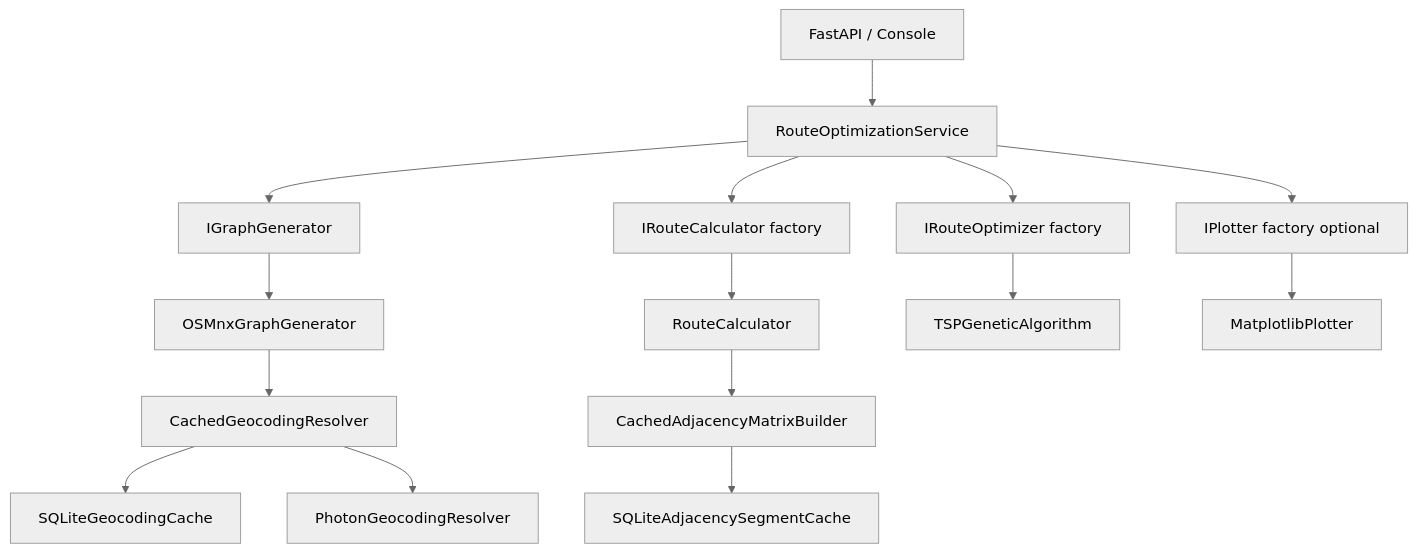
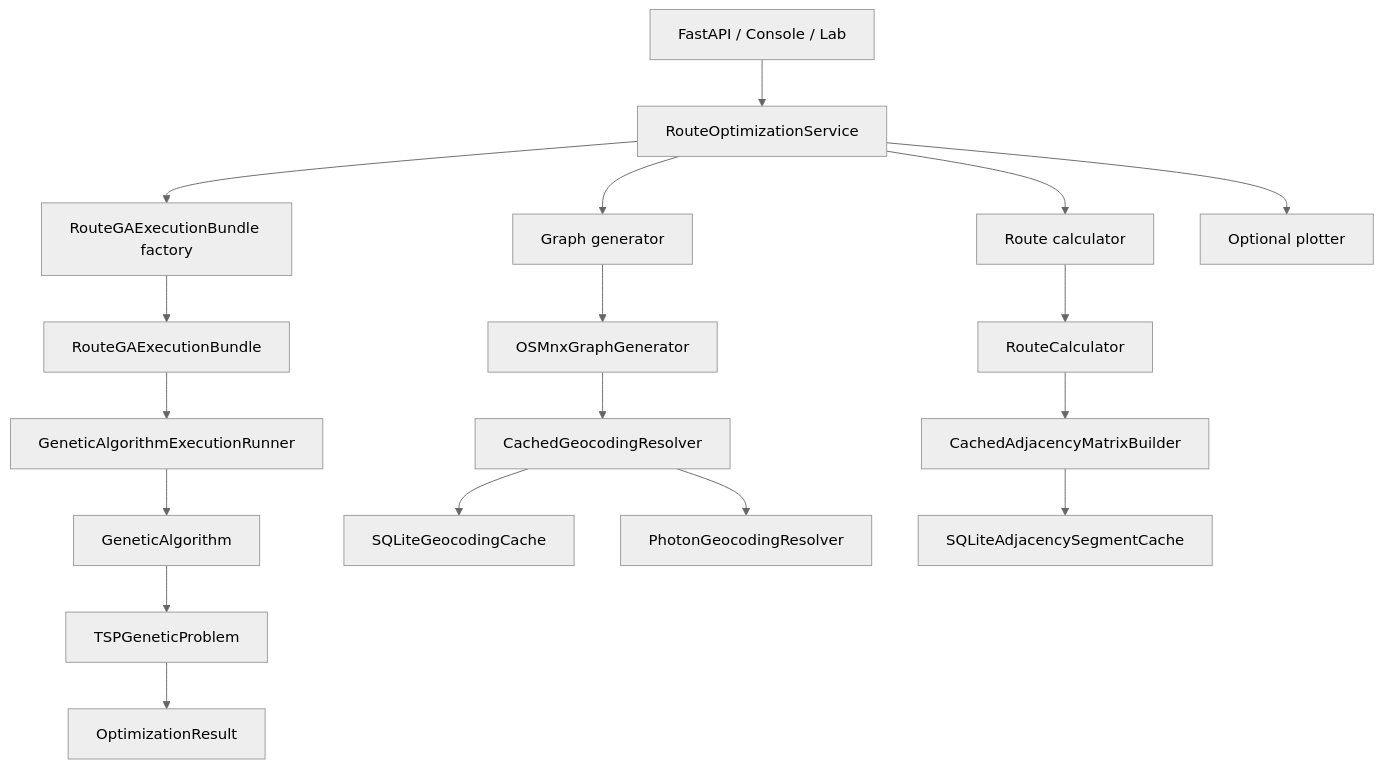
One commit to luizaaca/api_best_route changed the diagram in architecture.md. Above: the diagram before and after it, drawn with Mermaid (neutral theme). The commit also changed other lines of this file and 4 other files, not shown here.

First line of the commit message:
feat: Refactor documentation and architecture for improved clarity and structure

````diff
--- a/architecture.md
+++ b/architecture.md
@@ -77,20 +64,23 @@
 ```mermaid
 flowchart TD
-    A[FastAPI / Console] --> B[RouteOptimizationService]
-    B --> C[IGraphGenerator]
-    B --> D[IRouteCalculator factory]
-    B --> E[IRouteOptimizer factory]
-    B --> F[IPlotter factory optional]
+    A[FastAPI / Console / Lab] --> B[RouteOptimizationService]
+    B --> C[Graph generator]
+    B --> D[Route calculator]
+    B --> E[RouteGAExecutionBundle factory]
+    B --> F[Optional plotter]
 
     C --> G[OSMnxGraphGenerator]
     D --> H[RouteCalculator]
-    E --> I[TSPGeneticAlgorithm]
-    F --> J[MatplotlibPlotter]
+    E --> I[RouteGAExecutionBundle]
+    I --> J[GeneticAlgorithmExecutionRunner]
+    J --> K[GeneticAlgorithm]
+    K --> L[TSPGeneticProblem]
+    L --> M[OptimizationResult]
 
-    G --> K[CachedGeocodingResolver]
-    K --> L[SQLiteGeocodingCache]
-    K --> M[PhotonGeocodingResolver]
+    G --> N[CachedGeocodingResolver]
+    N --> O[SQLiteGeocodingCache]
+    N --> P[PhotonGeocodingResolver]
 
-    H --> N[CachedAdjacencyMatrixBuilder]
-    N --> O[SQLiteAdjacencySegmentCache]
+    H --> Q[CachedAdjacencyMatrixBuilder]
+    Q --> R[SQLiteAdjacencySegmentCache]
 ```
````
